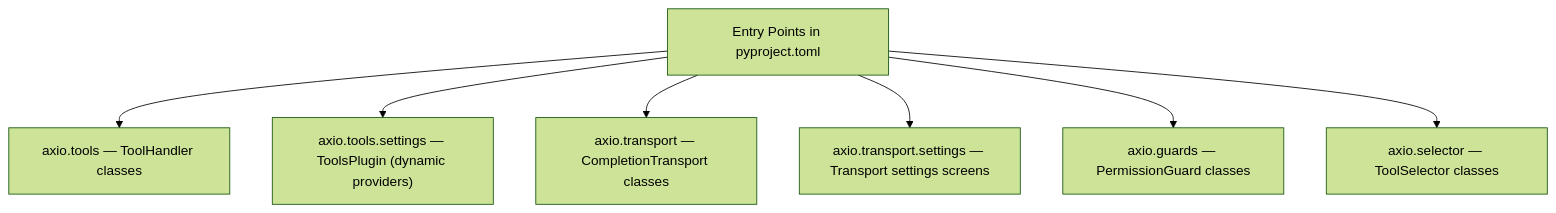
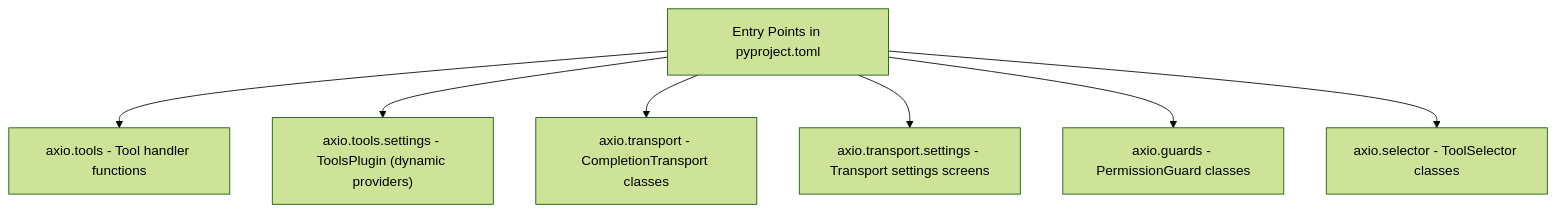
One commit to mosquito/axio-agent changed the diagram in docs/concepts/plugins.md. Above: the diagram before and after it, drawn with Mermaid (forest theme). The commit also changed other lines of this file and 149 other files, not shown here.

````diff
--- a/docs/concepts/plugins.md
+++ b/docs/concepts/plugins.md
@@ -9,10 +9,10 @@
 ```{mermaid}
 flowchart TD
     EP["Entry Points in pyproject.toml"]
-    EP --> AT["axio.tools — ToolHandler classes"]
-    EP --> ATS["axio.tools.settings — ToolsPlugin (dynamic providers)"]
-    EP --> ATR["axio.transport — CompletionTransport classes"]
-    EP --> ATRS["axio.transport.settings — Transport settings screens"]
-    EP --> AG["axio.guards — PermissionGuard classes"]
-    EP --> AS["axio.selector — ToolSelector classes"]
+    EP --> AT["axio.tools - Tool handler functions"]
+    EP --> ATS["axio.tools.settings - ToolsPlugin (dynamic providers)"]
+    EP --> ATR["axio.transport - CompletionTransport classes"]
+    EP --> ATRS["axio.transport.settings - Transport settings screens"]
+    EP --> AG["axio.guards - PermissionGuard classes"]
+    EP --> AS["axio.selector - ToolSelector classes"]
 ```
````
